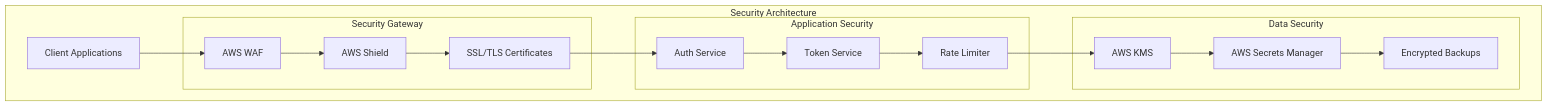
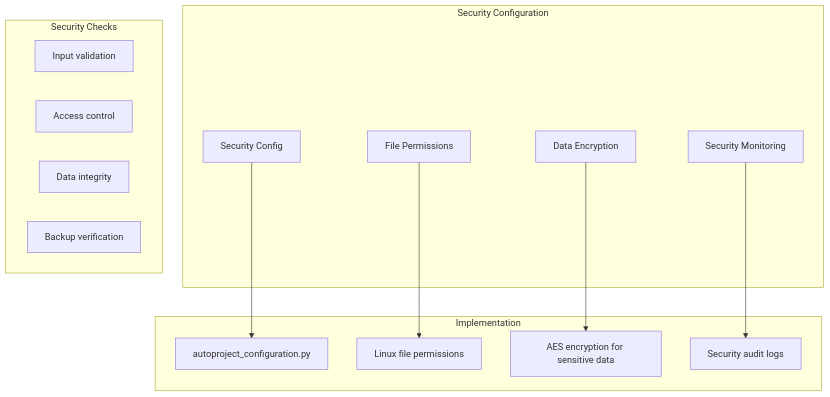
One commit to Shakour-Data/AutoProjectManagement changed diagram 14 of 18 in Docs/Software_Engineering/Software_Architecture_Document.md. Above: the diagram before and after it, drawn with Mermaid. The commit also changed other lines of this file, not shown here.

````diff
--- a/Docs/Software_Engineering/Software_Architecture_Document.md
+++ b/Docs/Software_Engineering/Software_Architecture_Document.md
@@ -653,34 +684,23 @@
 ```mermaid
 graph TB
-    subgraph "Security Architecture"
-        Client[Client Applications]
-        
-        subgraph "Security Gateway"
-            WAF[AWS WAF]
-            Shield[AWS Shield]
-            Cert[SSL/TLS Certificates]
-        end
-        
-        subgraph "Application Security"
-            AuthService[Auth Service]
-            TokenService[Token Service]
-            RateLimiter[Rate Limiter]
-        end
-        
-        subgraph "Data Security"
-            KMS[AWS KMS]
-            Secrets[AWS Secrets Manager]
-            Backup[Encrypted Backups]
-        end
+    subgraph "Security Configuration"
+        Config[Security Config]
+        Permissions[File Permissions]
+        Encryption[Data Encryption]
+        Monitoring[Security Monitoring]
     end
     
-    Client --> WAF
-    WAF --> Shield
-    Shield --> Cert
-    Cert --> AuthService
-    AuthService --> TokenService
-    TokenService --> RateLimiter
-    RateLimiter --> KMS
-    KMS --> Secrets
-    Secrets --> Backup
+    subgraph "Implementation"
+        Config --> C1[autoproject_configuration.py]
+        Permissions --> P1[Linux file permissions]
+        Encryption --> E1[AES encryption for sensitive data]
+        Monitoring --> M1[Security audit logs]
+    end
+    
+    subgraph "Security Checks"
+        Check1[Input validation]
+        Check2[Access control]
+        Check3[Data integrity]
+        Check4[Backup verification]
+    end
 ```
````
